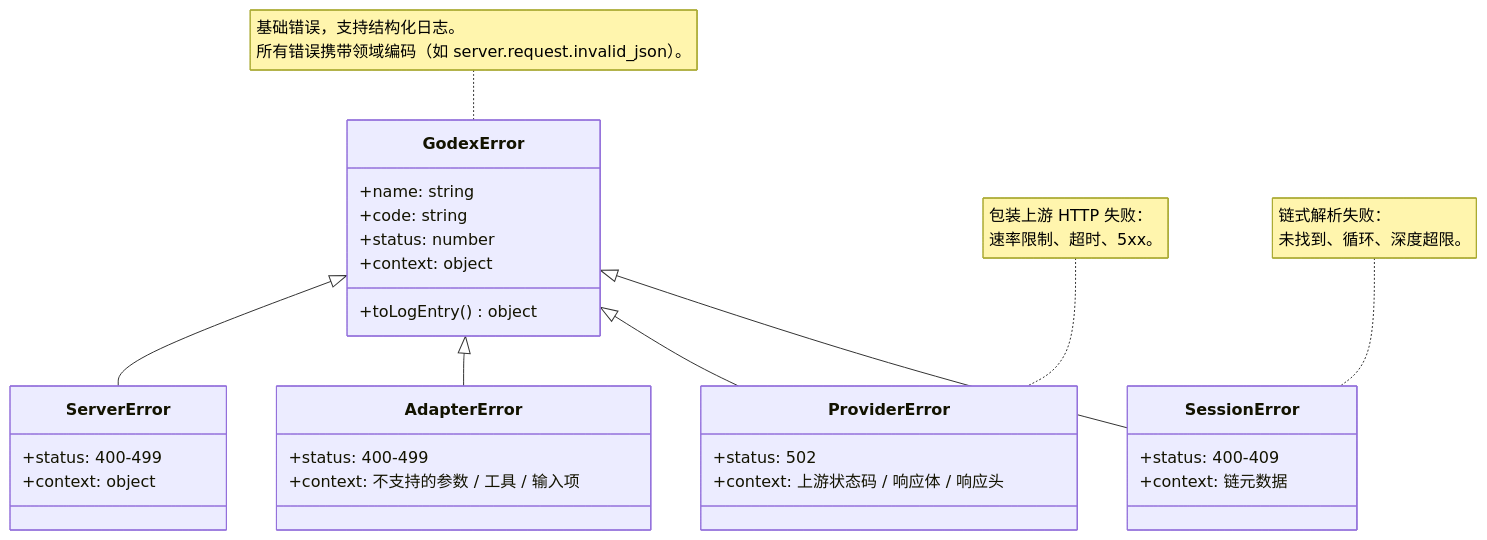
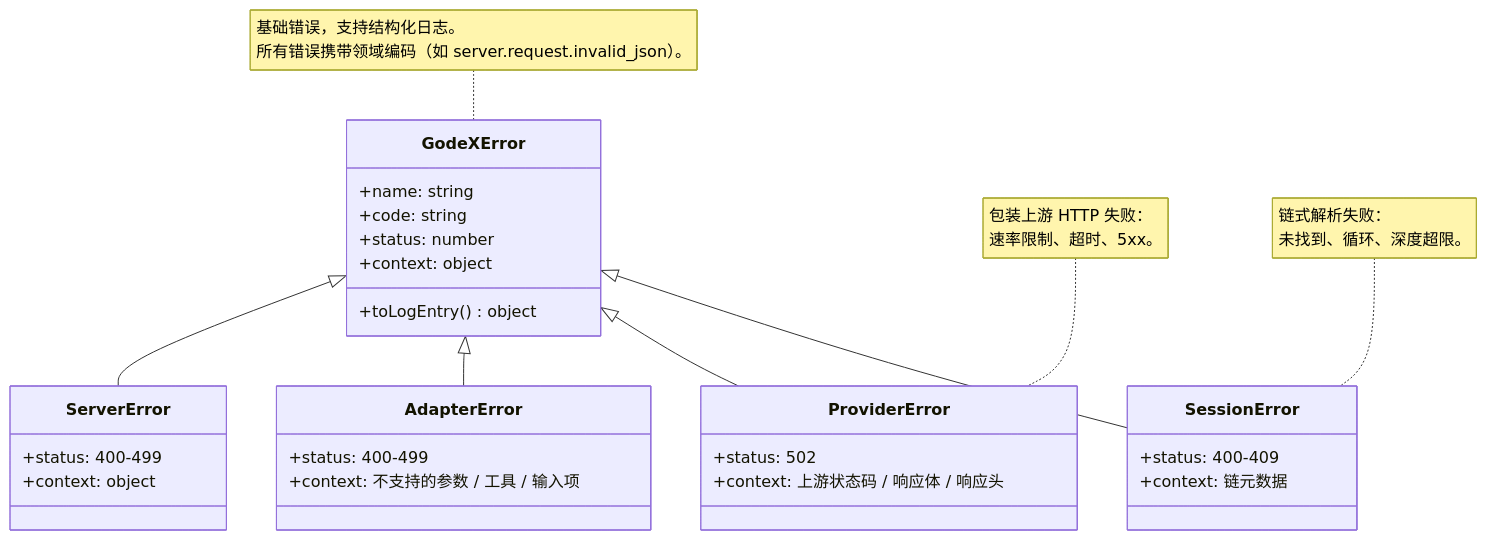
One commit to zamelee/GodeX changed the fifth of 5 diagrams in README.zh-CN.md. Above: the diagram before and after it, drawn with Mermaid. The commit also changed other lines of this file and 96 other files, not shown here.

First line of the commit message:
refactor: Rename project from Godex to GodeX (#44)

````diff
--- a/README.zh-CN.md
+++ b/README.zh-CN.md
@@ -255,41 +257,41 @@
 ```mermaid
 classDiagram
   direction TB
 
-  class GodexError {
+  class GodeXError {
     +name: string
     +code: string
     +status: number
     +context: object
     +toLogEntry() object
   }
 
   class ServerError {
     +status: 400-499
     +context: object
   }
 
   class AdapterError {
     +status: 400-499
     +context: 不支持的参数 / 工具 / 输入项
   }
 
   class ProviderError {
     +status: 502
     +context: 上游状态码 / 响应体 / 响应头
   }
 
   class SessionError {
     +status: 400-409
     +context: 链元数据
   }
 
-  GodexError <|-- ServerError
-  GodexError <|-- AdapterError
-  GodexError <|-- ProviderError
-  GodexError <|-- SessionError
+  GodeXError <|-- ServerError
+  GodeXError <|-- AdapterError
+  GodeXError <|-- ProviderError
+  GodeXError <|-- SessionError
 
-  note for GodexError "基础错误，支持结构化日志。<br/>所有错误携带领域编码（如 server.request.invalid_json）。"
+  note for GodeXError "基础错误，支持结构化日志。<br/>所有错误携带领域编码（如 server.request.invalid_json）。"
   note for ProviderError "包装上游 HTTP 失败：<br/>速率限制、超时、5xx。"
   note for SessionError "链式解析失败：<br/>未找到、循环、深度超限。"
 ```
````
